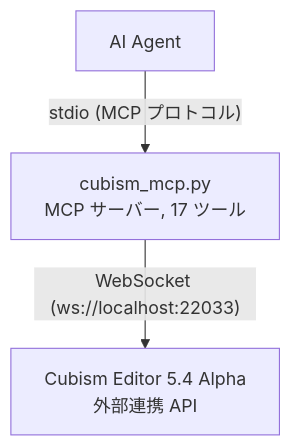
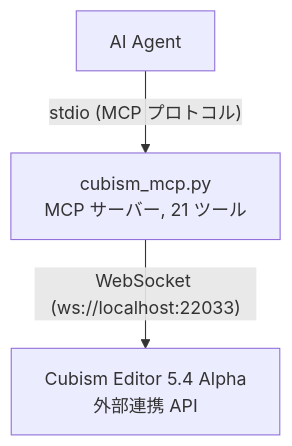
The diagram in i18n/README_JA.md (nana7chi/CubismExternalEditMCP), drawn with Mermaid before and after one commit. The commit also changed other lines of this file and 3 other files, not shown here.

````diff
--- a/i18n/README_JA.md
+++ b/i18n/README_JA.md
@@ -20,9 +20,9 @@
 ```mermaid
 graph TD
     AI["AI Agent"]
-    MCP["cubism_mcp.py<br/>MCP サーバー, 17 ツール"]
+    MCP["cubism_mcp.py<br/>MCP サーバー, 21 ツール"]
     Editor["Cubism Editor 5.4 Alpha<br/>外部連携 API"]
 
     AI -->|"stdio (MCP プロトコル)"| MCP
     MCP -->|"WebSocket (ws://localhost:22033)"| Editor
 ```
````
